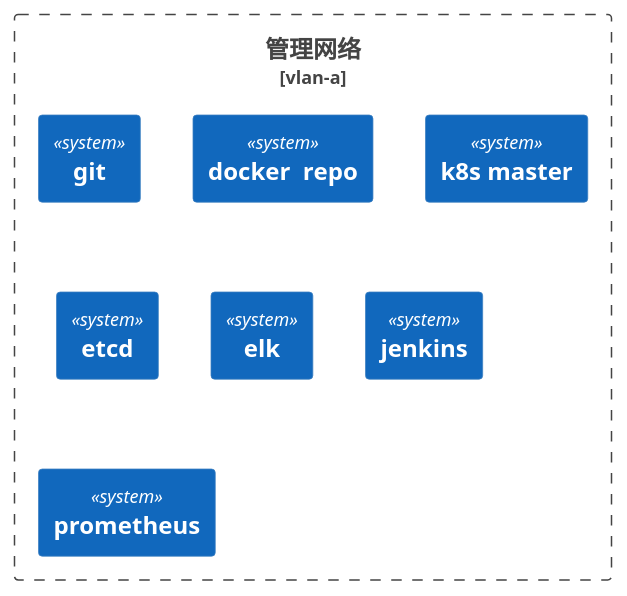
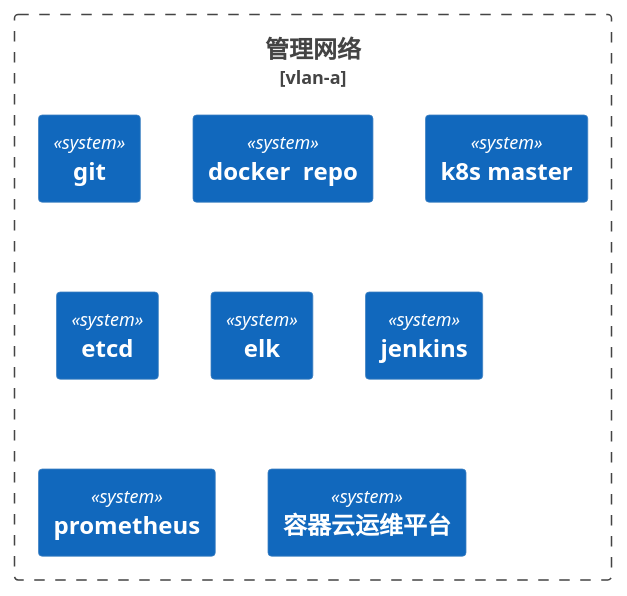
The first of 4 diagrams in 云与虚拟化/调度系统/k8s/实践/k8s生产集群部署/readme.md (gardenerframework/impatiens), drawn with PlantUML before and after one commit. The commit also changed other lines of this file, not shown here.

````diff
--- a/云与虚拟化/调度系统/k8s/实践/k8s生产集群部署/readme.md
+++ b/云与虚拟化/调度系统/k8s/实践/k8s生产集群部署/readme.md
@@ -239,15 +21,16 @@
 ```plantuml
 @startuml
 !include  https://plantuml.s3.cn-north-1.jdcloud-oss.com/C4_Container.puml
 
 Boundary(管理网络, 管理网络, vlan-a) {
     System(git, git)
     System(dockerRepo, docker  repo)
     System(k8smaster, k8s master)
     System(etcd, etcd)
     System(elk, elk)
     System(jenkins, jenkins)
     System(prometheus, prometheus)
+    System(容器云运维平台, 容器云运维平台)
 }
 @enduml
 ```
````
